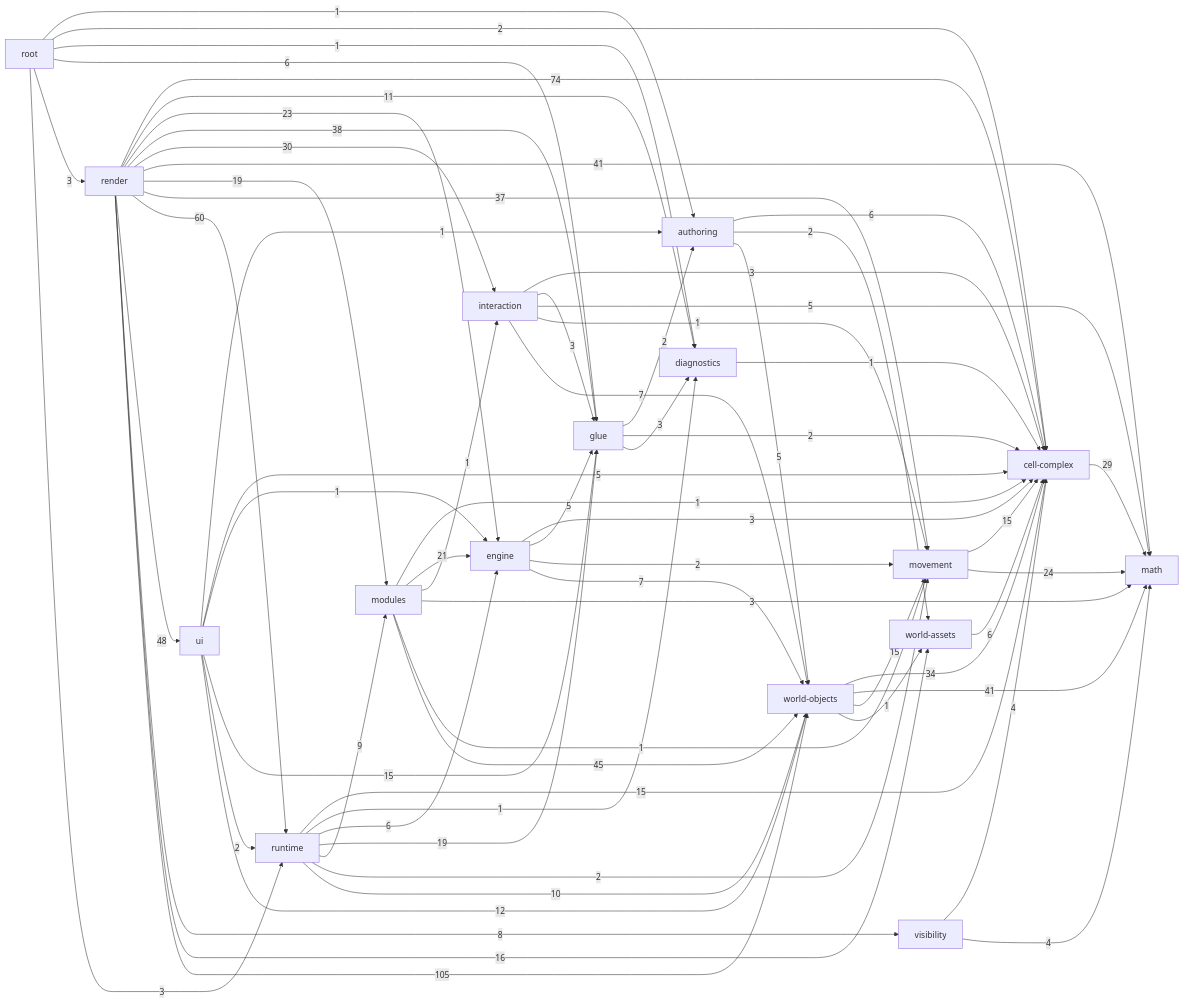
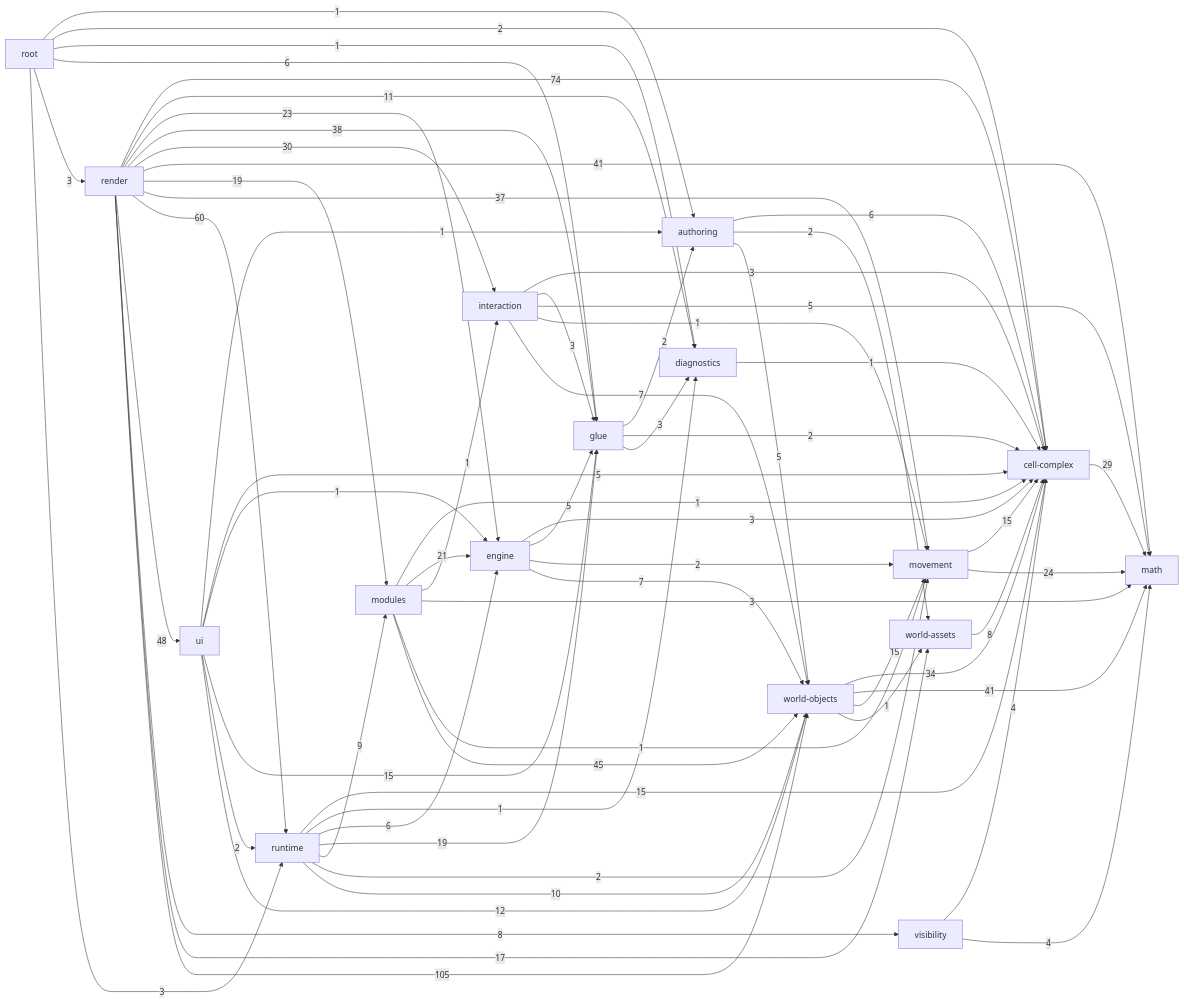
One commit to guraltsev/noneuclid-fpv changed the diagram in _docs/generated/ARCHITECTURE_REFERENCE.md. Above: the diagram before and after it, drawn with Mermaid. The commit also changed other lines of this file and 21 other files, not shown here.

```diff
--- a/_docs/generated/ARCHITECTURE_REFERENCE.md
+++ b/_docs/generated/ARCHITECTURE_REFERENCE.md
@@ -88,7 +88,7 @@
   render -->|60| runtime
   render -->|48| ui
   render -->|8| visibility
-  render -->|16| world_assets
+  render -->|17| world_assets
   render -->|105| world_objects
   root -->|1| authoring
   root -->|2| cell_complex
@@ -111,7 +111,7 @@
   ui -->|12| world_objects
   visibility -->|4| cell_complex
   visibility -->|4| math
-  world_assets -->|6| cell_complex
+  world_assets -->|8| cell_complex
   world_objects -->|34| cell_complex
   world_objects -->|41| math
   world_objects -->|15| movement
```
